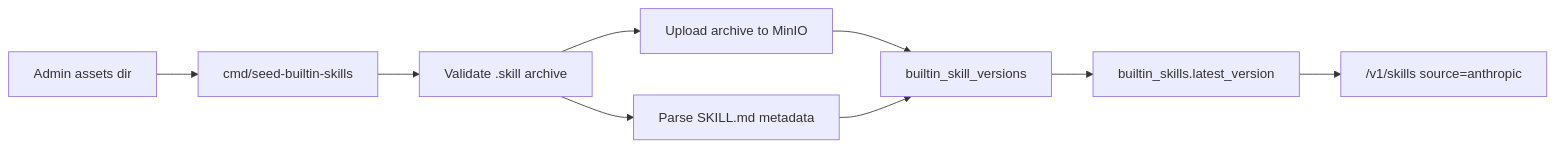
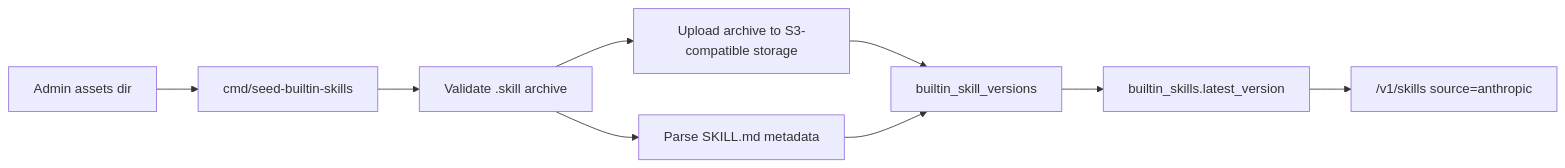
Before and after one commit to superduck-ai/open-managed-agents: the diagram in docs/design/be/skills-builtin-seed-and-storage.md, drawn with Mermaid. The commit also changed other lines of this file and 12 other files, not shown here.

````diff
--- a/docs/design/be/skills-builtin-seed-and-storage.md
+++ b/docs/design/be/skills-builtin-seed-and-storage.md
@@ -41,11 +41,11 @@
 ```mermaid
 flowchart LR
   A["Admin assets dir"] --> B["cmd/seed-builtin-skills"]
   B --> C["Validate .skill archive"]
-  C --> D["Upload archive to MinIO"]
+  C --> D["Upload archive to S3-compatible storage"]
   C --> E["Parse SKILL.md metadata"]
   D --> F["builtin_skill_versions"]
   E --> F
   F --> G["builtin_skills.latest_version"]
   G --> H["/v1/skills source=anthropic"]
 ```
````
